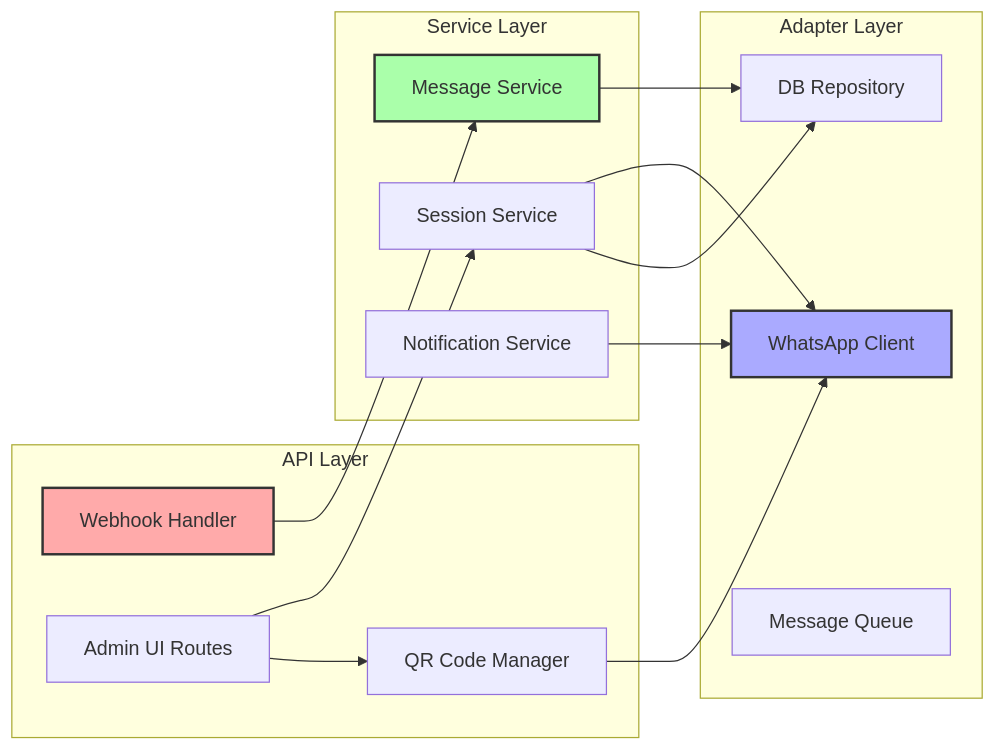
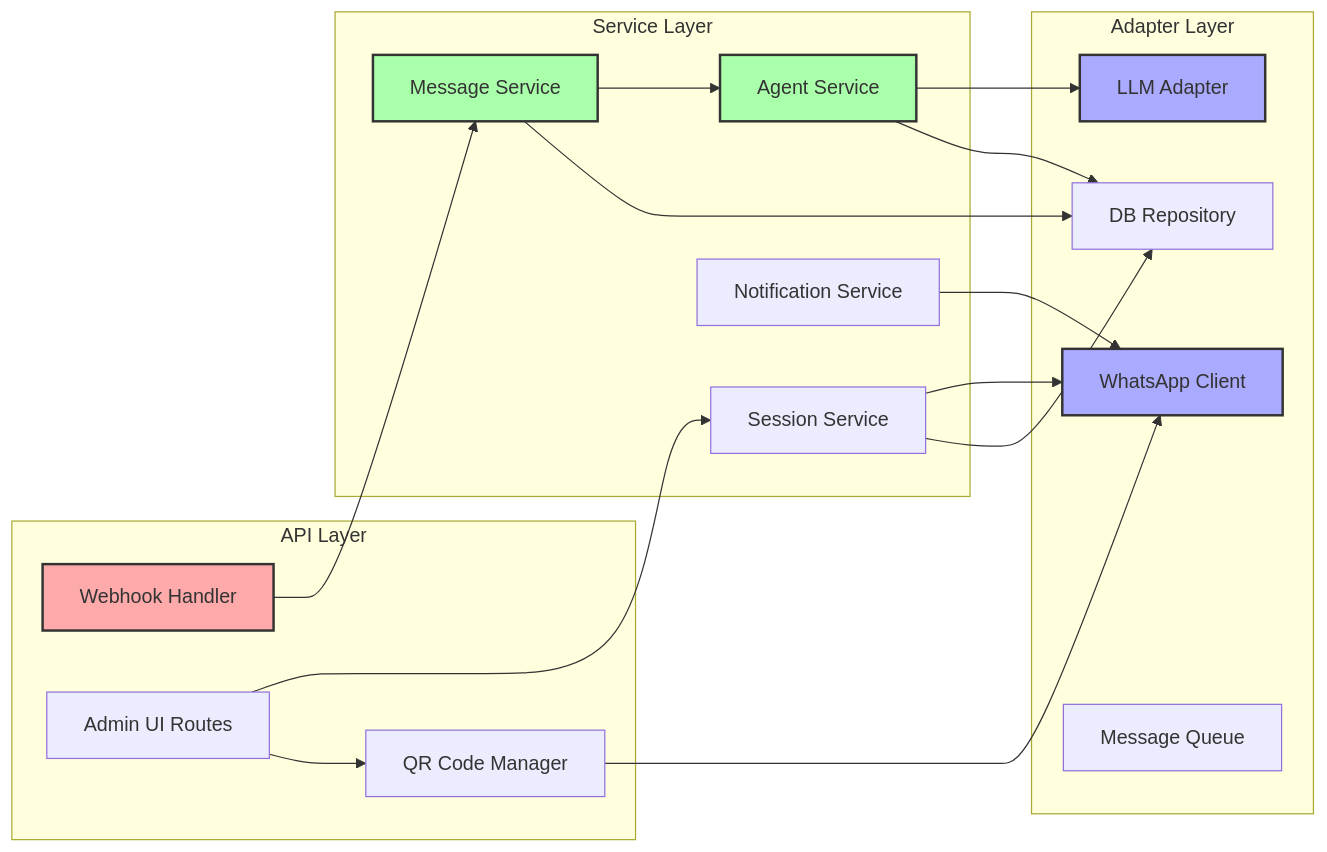
The second of 13 diagrams in architecture.md (tonylampada/zapa), drawn with Mermaid before and after one commit.

Commit message:
Add LLM adapter to component architecture diagram
- Added Agent Service to the service layer of Zapa Private
- Added LLM Adapter to the adapter layer where it belongs
- Updated flow to show Message Service → Agent Service → LLM Adapter
- Added proper styling for new components

🤖 Generated with [Claude Code](https://claude.ai/code)

````diff
--- a/architecture.md
+++ b/architecture.md
@@ -62,34 +62,41 @@
 ```mermaid
 graph LR
     subgraph "API Layer"
         WH[Webhook Handler]
         ADM[Admin UI Routes]
         QR[QR Code Manager]
     end
     
     subgraph "Service Layer"
         MS[Message Service]
+        AS[Agent Service]
         SS[Session Service]
         NS[Notification Service]
     end
     
     subgraph "Adapter Layer"
         WC[WhatsApp Client]
         DR[DB Repository]
+        LA[LLM Adapter]
         MQ[Message Queue]
     end
     
     WH --> MS
+    MS --> AS
     ADM --> SS
     ADM --> QR
     QR --> WC
     
+    AS --> LA
     MS --> DR
+    AS --> DR
     SS --> WC
     SS --> DR
     NS --> WC
     
     style WH fill:#faa,stroke:#333,stroke-width:2px
     style MS fill:#afa,stroke:#333,stroke-width:2px
+    style AS fill:#afa,stroke:#333,stroke-width:2px
     style WC fill:#aaf,stroke:#333,stroke-width:2px
+    style LA fill:#aaf,stroke:#333,stroke-width:2px
 ```
````
